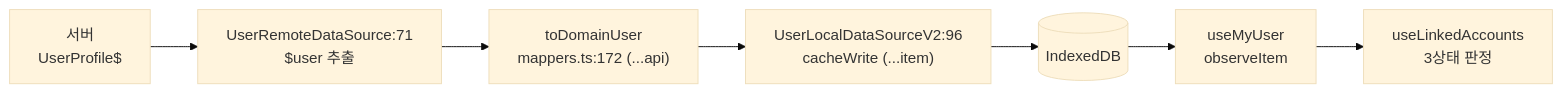
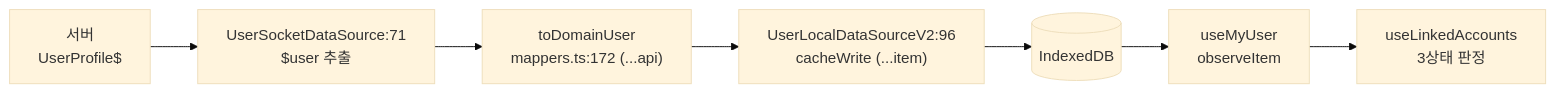
The third of 3 diagrams in apps/web/docs/feature/auth/account-linking.md (lemoncloud-io/dou-app), drawn with Mermaid (base theme) before and after one commit. The commit also changed other lines of this file and 972 other files, not shown here.

````diff
--- a/apps/web/docs/feature/auth/account-linking.md
+++ b/apps/web/docs/feature/auth/account-linking.md
@@ -159,9 +159,9 @@
 ```mermaid
 graph LR
-    SRV["서버<br/>UserProfile$"] --> RDS["UserRemoteDataSource:71<br/>$user 추출"]
+    SRV["서버<br/>UserProfile$"] --> RDS["UserSocketDataSource:71<br/>$user 추출"]
     RDS --> MAP["toDomainUser<br/>mappers.ts:172 (...api)"]
     MAP --> LDS["UserLocalDataSourceV2:96<br/>cacheWrite (...item)"]
     LDS --> IDB[(IndexedDB)]
     IDB --> MU["useMyUser<br/>observeItem"]
     MU --> LA["useLinkedAccounts<br/>3상태 판정"]
 ```
````
